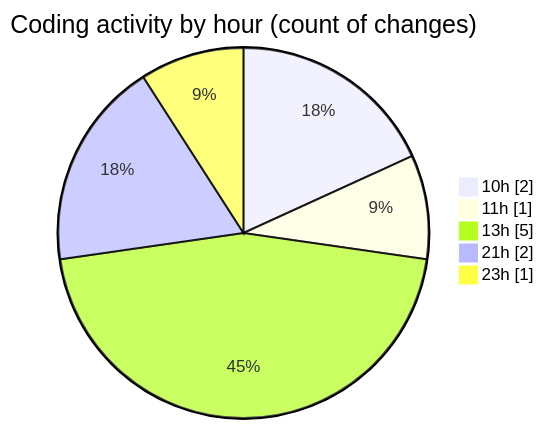
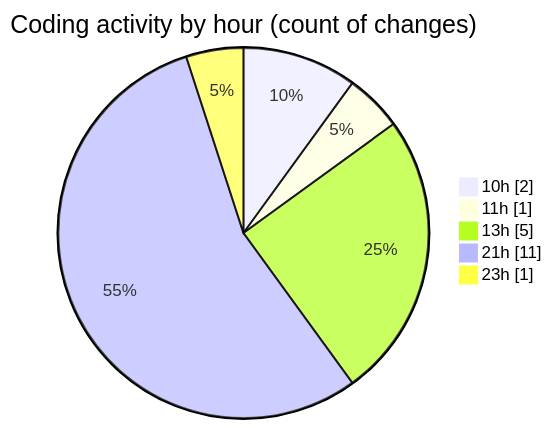
The second of 2 diagrams in 2025-05-26/elitesun/README.md (Elitesun/code-tracking), drawn with Mermaid before and after one commit. The commit also changed other lines of this file and 1 other file, not shown here.

````diff
--- a/2025-05-26/elitesun/README.md
+++ b/2025-05-26/elitesun/README.md
@@ -37,9 +42,9 @@
 ```mermaid
 pie showData
 title Coding activity by hour (count of changes)
 "10h" : 2
 "11h" : 1
 "13h" : 5
-"21h" : 2
+"21h" : 11
 "23h" : 1
 ```
````
